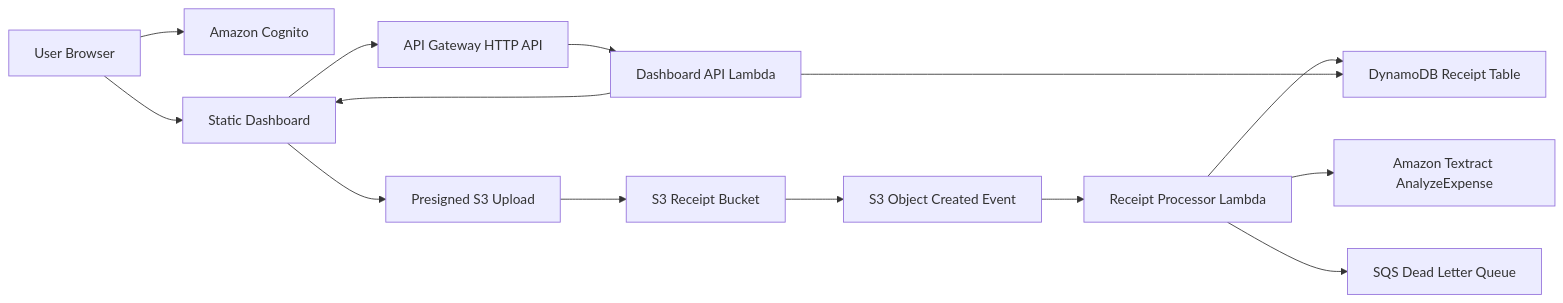
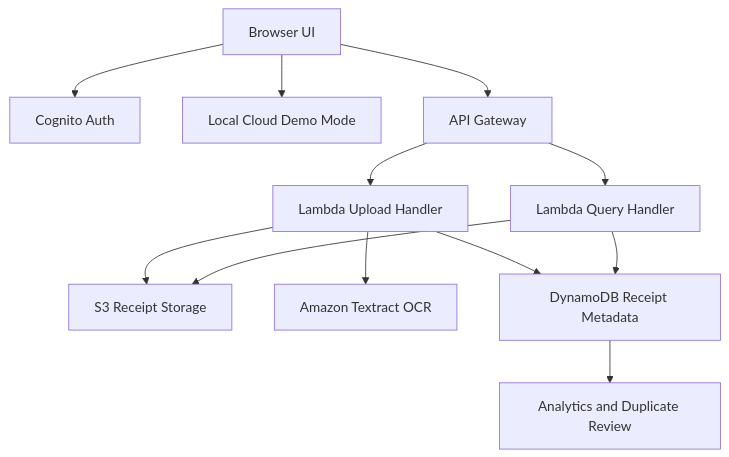
Before and after one commit to agarwalujala3-lang/ReceiptPulse: the second of 2 diagrams in README.md, drawn with Mermaid. The commit also changed other lines of this file and 5 other files, not shown here.

````diff
--- a/README.md
+++ b/README.md
@@ -63,16 +64,14 @@
 ```mermaid
-flowchart LR
-  User["User Browser"] --> Cognito["Amazon Cognito"]
-  User --> Dashboard["Static Dashboard"]
-  Dashboard --> Api["API Gateway HTTP API"]
-  Api --> ApiLambda["Dashboard API Lambda"]
-  Dashboard --> S3Upload["Presigned S3 Upload"]
-  S3Upload --> Bucket["S3 Receipt Bucket"]
-  Bucket --> EventBridge["S3 Object Created Event"]
-  EventBridge --> Processor["Receipt Processor Lambda"]
-  Processor --> Textract["Amazon Textract AnalyzeExpense"]
-  Processor --> DynamoDB["DynamoDB Receipt Table"]
-  Processor --> DLQ["SQS Dead Letter Queue"]
-  ApiLambda --> DynamoDB
-  ApiLambda --> Dashboard
+flowchart TB
+  User[Browser UI] --> Auth[Cognito Auth]
+  User --> Demo[Local Cloud Demo Mode]
+  User --> API[API Gateway]
+  API --> Upload[Lambda Upload Handler]
+  API --> Query[Lambda Query Handler]
+  Upload --> S3[S3 Receipt Storage]
+  Upload --> Textract[Amazon Textract OCR]
+  Upload --> DB[DynamoDB Receipt Metadata]
+  Query --> DB
+  Query --> S3
+  DB --> Dashboard[Analytics and Duplicate Review]
 ```
````
